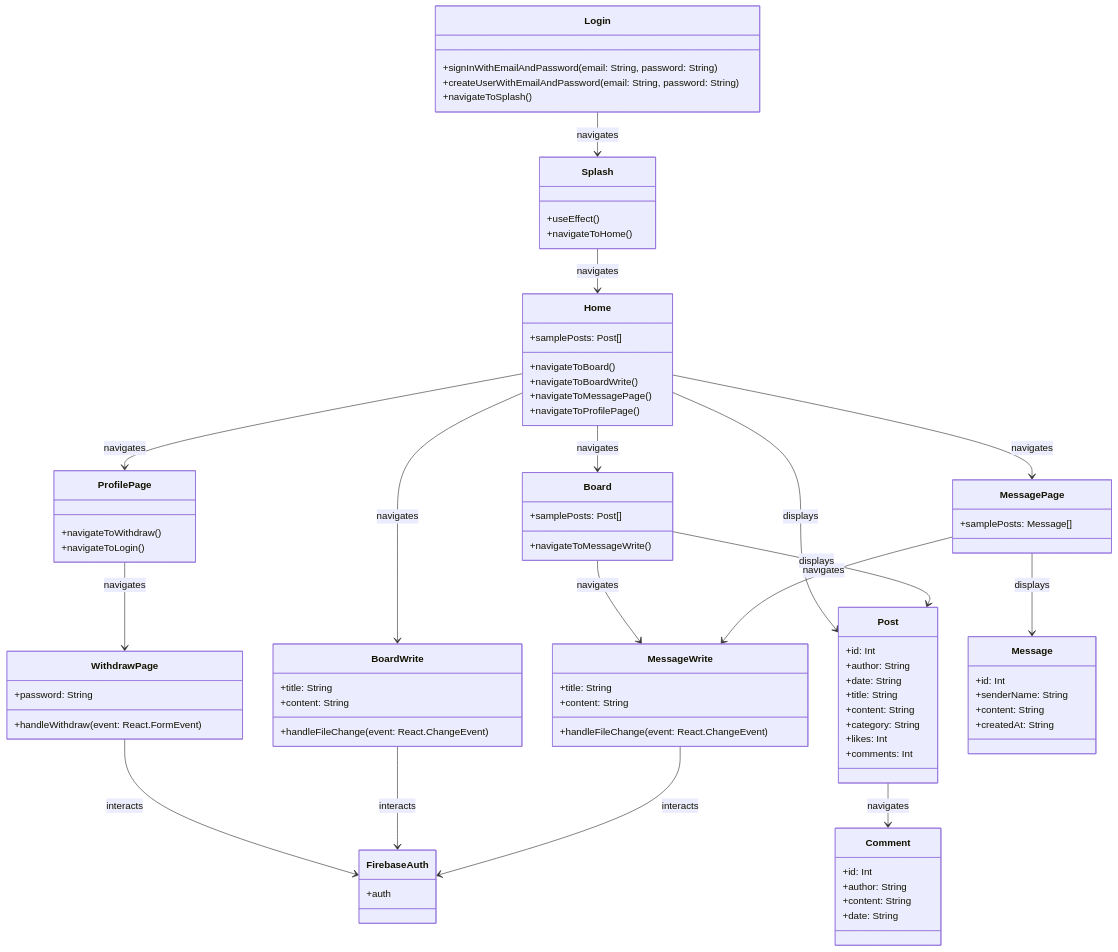
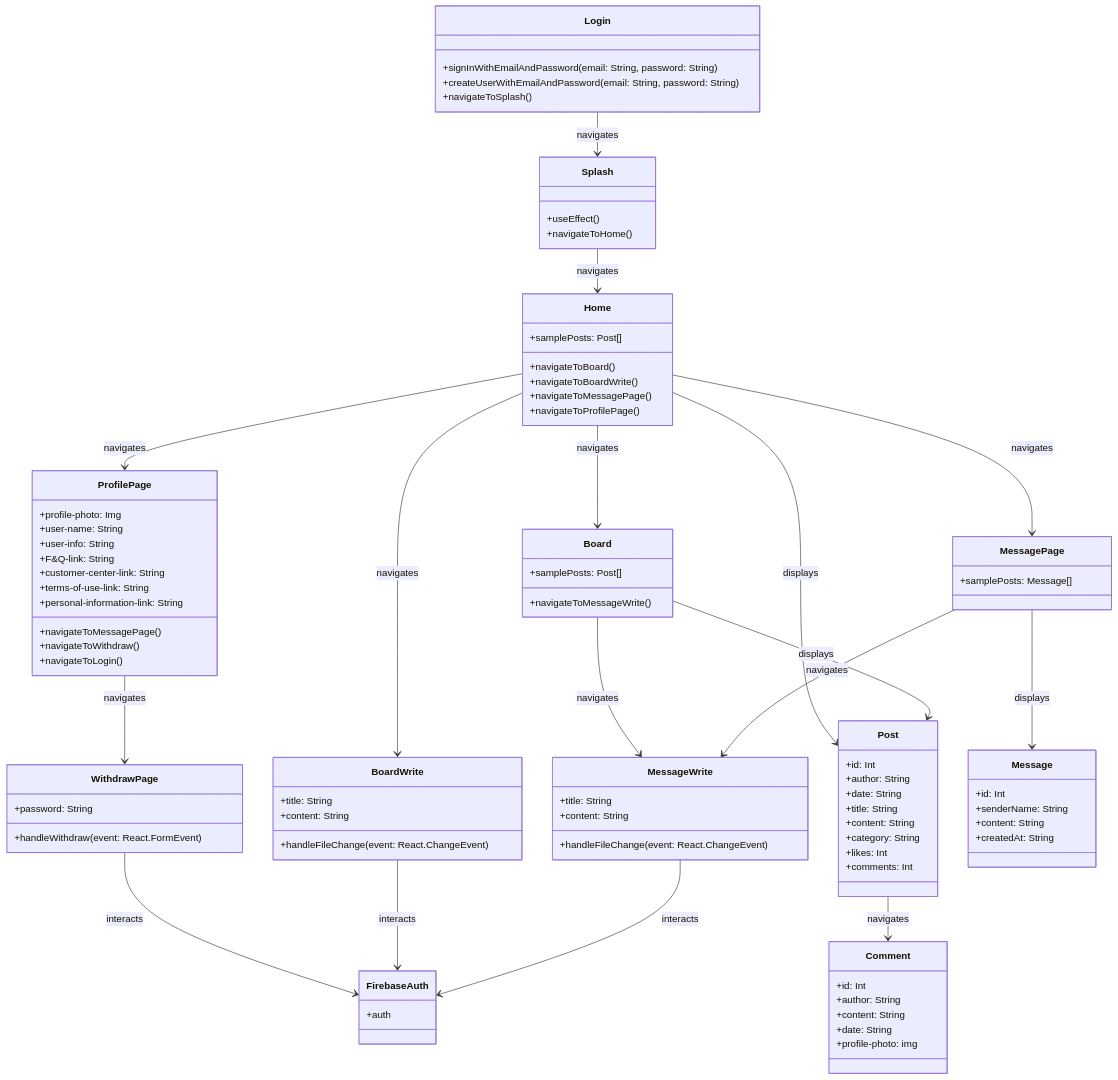
One commit to Playinc-React-NodeJS-etc/Eoullim changed the diagram in README.md. Above: the diagram before and after it, drawn with Mermaid.

```diff
--- a/README.md
+++ b/README.md
@@ -20,6 +20,14 @@
     }
 
     class ProfilePage {
+        +navigateToMessagePage()
+        +profile-photo: Img
+        +user-name: String
+        +user-info: String
+        +F&Q-link: String
+        +customer-center-link: String
+        +terms-of-use-link: String
+        +personal-information-link: String
         +navigateToWithdraw()
         +navigateToLogin()
     }
@@ -61,6 +69,7 @@
         +author: String
         +content: String
         +date: String
+        +profile-photo: img
     }
 
     class Message {
```
